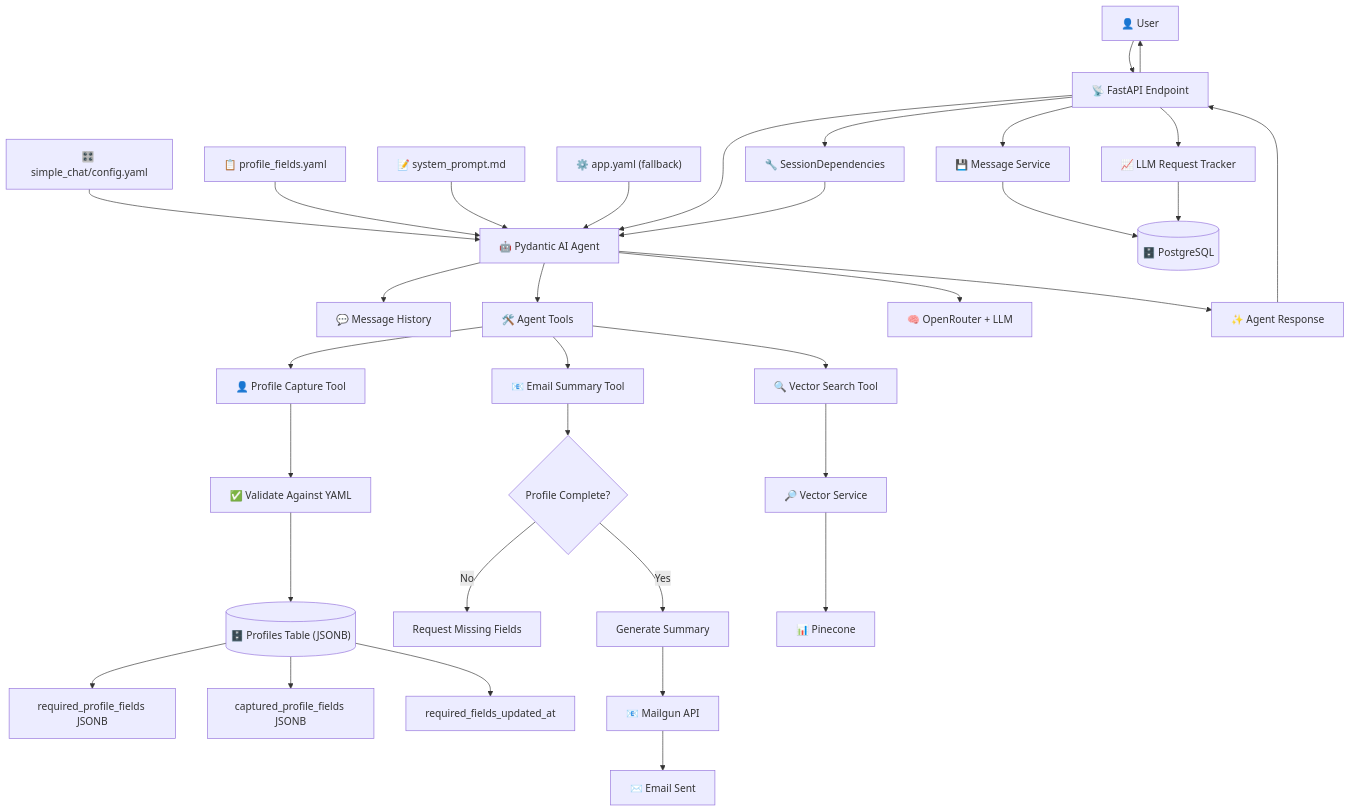
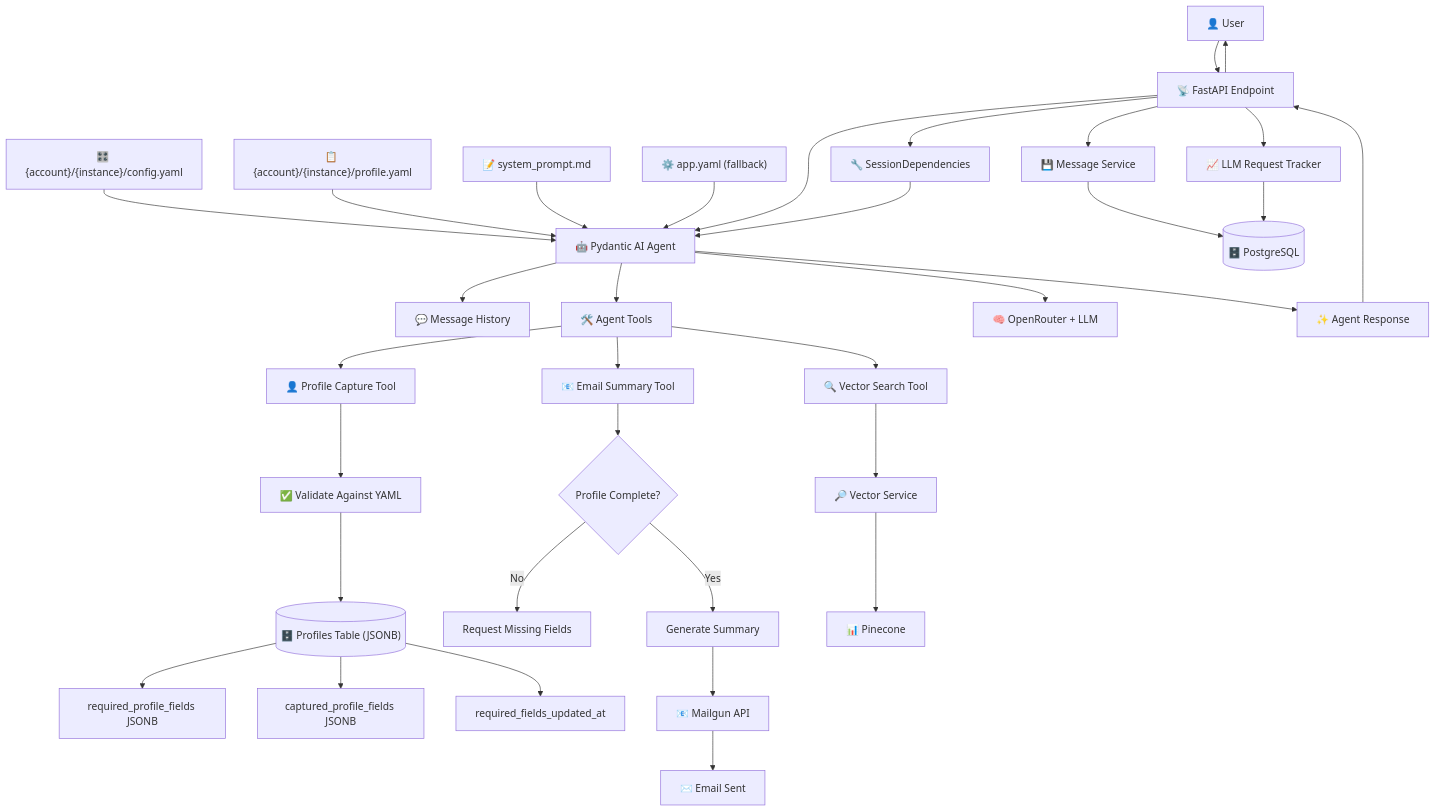
Before and after one commit to creatifire/salient02: the diagram in memorybank/project-management/0017-simple-chat-agent.md, drawn with Mermaid. The commit also changed other lines of this file and 1 other file, not shown here.

First line of the commit message:
docs: update profile capture requirements and milestone tracking

````diff
--- a/memorybank/project-management/0017-simple-chat-agent.md
+++ b/memorybank/project-management/0017-simple-chat-agent.md
@@ -13,59 +13,59 @@
 ```mermaid
 flowchart TD
     %% External Components
     User["👤 User"] --> FastAPI["📡 FastAPI Endpoint"]
     
     %% Configuration System
-    AgentConfig["🎛️ simple_chat/config.yaml"] --> Agent["🤖 Pydantic AI Agent"]
-    ProfileFields["📋 profile_fields.yaml"] --> Agent
+    AgentConfig["🎛️ {account}/{instance}/config.yaml"] --> Agent["🤖 Pydantic AI Agent"]
+    ProfileConfig["📋 {account}/{instance}/profile.yaml"] --> Agent
     SystemPromptFile["📝 system_prompt.md"] --> Agent
     GlobalConfig["⚙️ app.yaml (fallback)"] --> Agent
     
     %% Core Agent Structure
     FastAPI --> Agent
     
     %% Dependencies & Session Management
     Session["🔧 SessionDependencies"] --> Agent
     FastAPI --> Session
     
     %% Agent Workflow Components
     Agent --> History["💬 Message History"]
     Agent --> AgentTools["🛠️ Agent Tools"]
     
     %% Agent Tools (@agent.tool)
     AgentTools --> VectorTool["🔍 Vector Search Tool"]
     AgentTools --> ProfileTool["👤 Profile Capture Tool"]
     AgentTools --> SummaryTool["📧 Email Summary Tool"]
     
     %% Profile Management
     ProfileTool --> ProfileValidation["✅ Validate Against YAML"]
     ProfileValidation --> ProfileDB[("🗄️ Profiles Table (JSONB)")]
     ProfileDB --> RequiredFields["required_profile_fields JSONB"]
     ProfileDB --> CapturedFields["captured_profile_fields JSONB"]
     ProfileDB --> FieldsUpdated["required_fields_updated_at"]
     
     %% Email Summary Workflow
     SummaryTool --> CheckProfile{"Profile Complete?"}
     CheckProfile -->|No| RequestInfo["Request Missing Fields"]
     CheckProfile -->|Yes| GenerateSummary["Generate Summary"]
     GenerateSummary --> Mailgun["📧 Mailgun API"]
     Mailgun --> EmailSent["✉️ Email Sent"]
     
     %% Current LLM Integration
     Agent --> OpenRouter["🧠 OpenRouter + LLM"]
     
     %% Data Flow & Persistence
     FastAPI --> MessageService["💾 Message Service"]
     FastAPI --> LLMTracker["📈 LLM Request Tracker"]
     MessageService --> Database[("🗄️ PostgreSQL")]
     LLMTracker --> Database
     
     %% Vector Search Integration
     VectorTool --> VectorService["🔎 Vector Service"]
     VectorService --> Pinecone["📊 Pinecone"]
     
     %% Response Flow
     Agent --> Response["✨ Agent Response"]
     Response --> FastAPI
     FastAPI --> User
 ```
````
